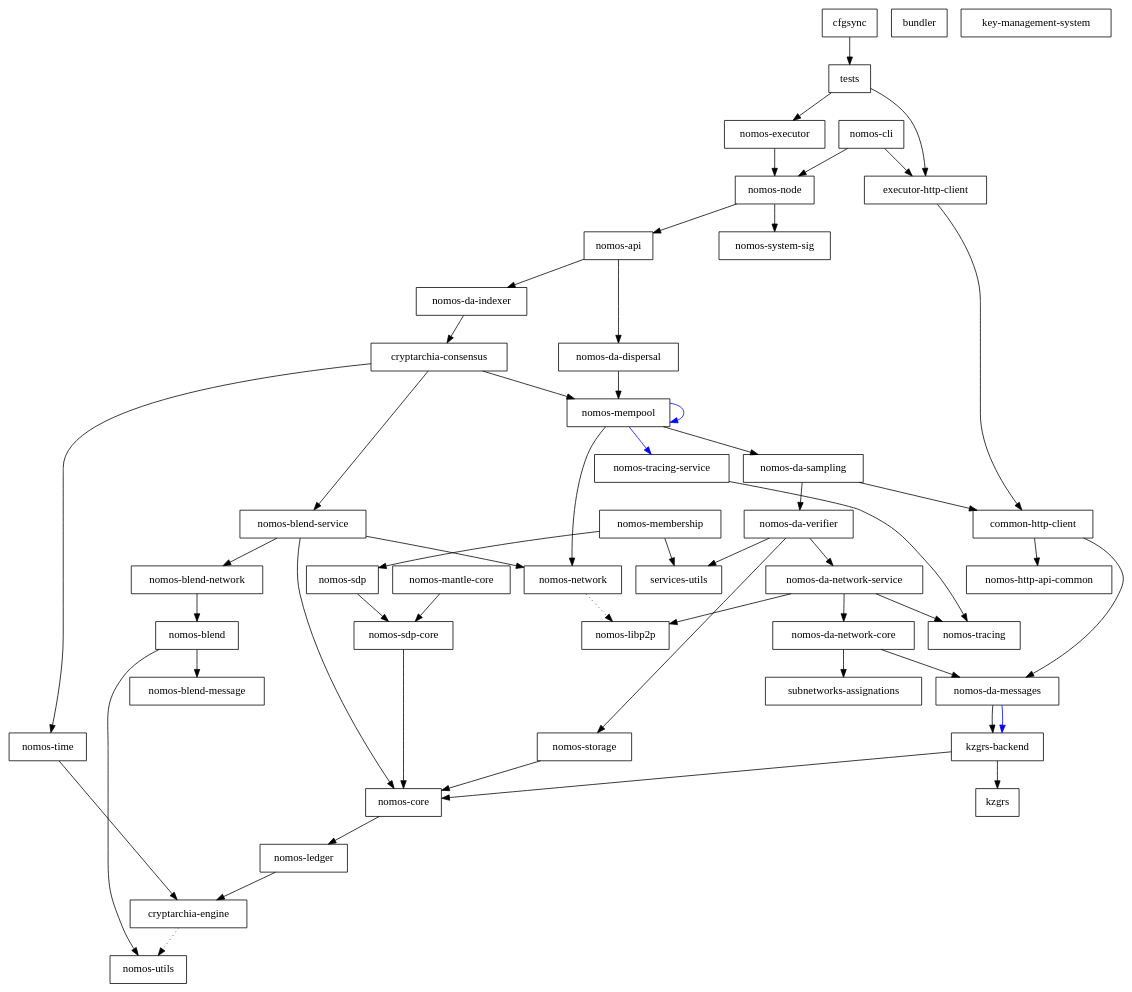
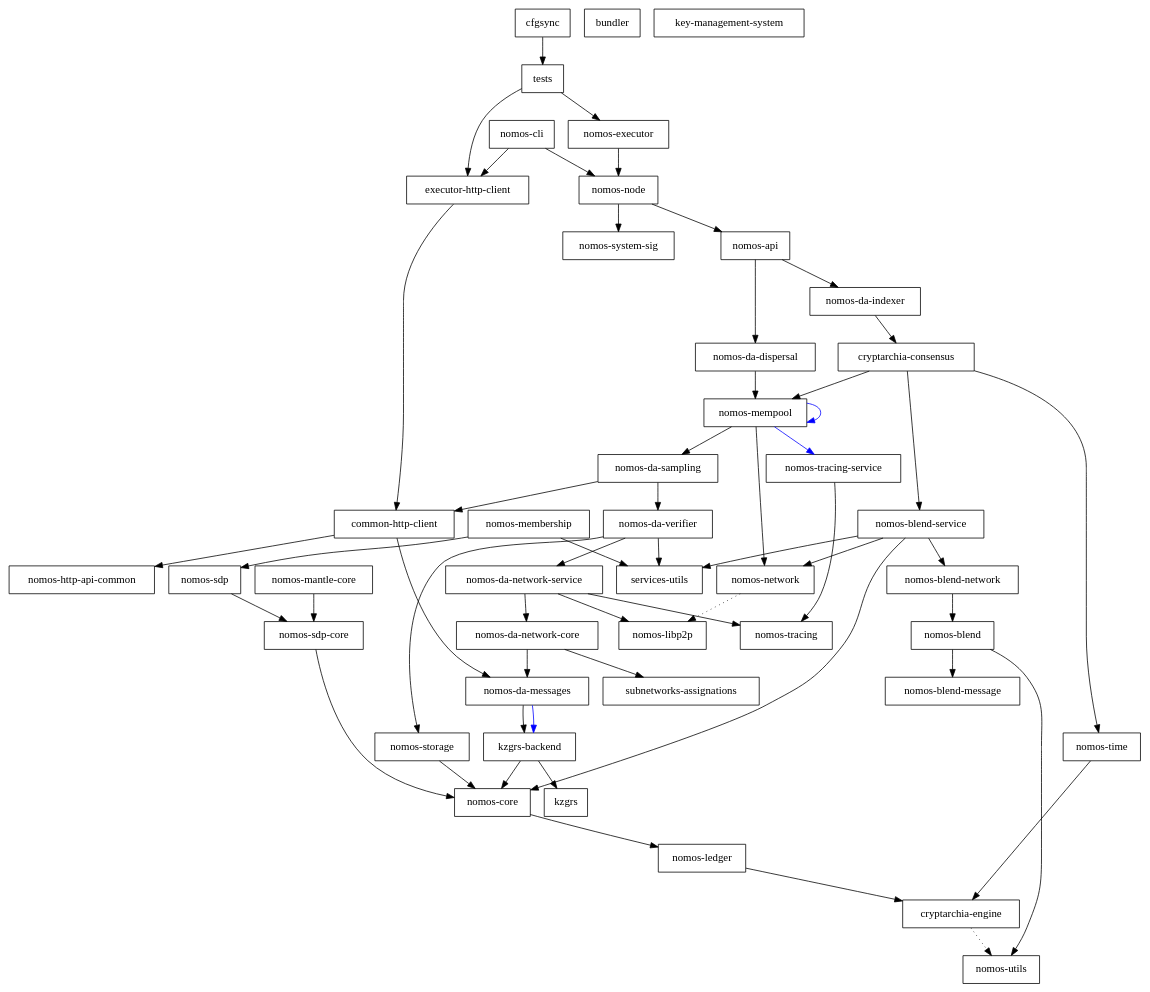
One commit to logos-co/nomos changed the diagram in dependencies_graph.dot. Above: the diagram before and after it, drawn with Graphviz. The commit also changed 2 other files, not shown here.

```diff
--- a/dependencies_graph.dot
+++ b/dependencies_graph.dot
@@ -1,99 +1,100 @@
 digraph {
     0 [ label = "cryptarchia-engine" shape = box]
     1 [ label = "nomos-utils" shape = box]
     2 [ label = "nomos-ledger" shape = box]
     3 [ label = "nomos-http-api-common" shape = box]
     4 [ label = "nomos-executor" shape = box]
     5 [ label = "kzgrs-backend" shape = box]
     6 [ label = "kzgrs" shape = box]
     7 [ label = "nomos-core" shape = box]
     8 [ label = "nomos-api" shape = box]
     9 [ label = "cryptarchia-consensus" shape = box]
     10 [ label = "nomos-blend-service" shape = box]
     11 [ label = "nomos-blend" shape = box]
     12 [ label = "nomos-blend-message" shape = box]
     13 [ label = "nomos-blend-network" shape = box]
     14 [ label = "nomos-libp2p" shape = box]
     15 [ label = "nomos-network" shape = box]
-    16 [ label = "nomos-da-sampling" shape = box]
-    17 [ label = "common-http-client" shape = box]
-    18 [ label = "nomos-da-messages" shape = box]
-    19 [ label = "nomos-da-network-core" shape = box]
-    20 [ label = "subnetworks-assignations" shape = box]
-    21 [ label = "nomos-da-network-service" shape = box]
-    22 [ label = "nomos-tracing" shape = box]
-    23 [ label = "nomos-da-verifier" shape = box]
-    24 [ label = "nomos-storage" shape = box]
-    25 [ label = "services-utils" shape = box]
+    16 [ label = "services-utils" shape = box]
+    17 [ label = "nomos-da-sampling" shape = box]
+    18 [ label = "common-http-client" shape = box]
+    19 [ label = "nomos-da-messages" shape = box]
+    20 [ label = "nomos-da-network-core" shape = box]
+    21 [ label = "subnetworks-assignations" shape = box]
+    22 [ label = "nomos-da-network-service" shape = box]
+    23 [ label = "nomos-tracing" shape = box]
+    24 [ label = "nomos-da-verifier" shape = box]
+    25 [ label = "nomos-storage" shape = box]
     26 [ label = "nomos-mempool" shape = box]
     27 [ label = "nomos-tracing-service" shape = box]
     28 [ label = "nomos-time" shape = box]
     29 [ label = "nomos-da-dispersal" shape = box]
     30 [ label = "nomos-da-indexer" shape = box]
     31 [ label = "nomos-node" shape = box]
     32 [ label = "nomos-system-sig" shape = box]
     33 [ label = "executor-http-client" shape = box]
     34 [ label = "bundler" shape = box]
     35 [ label = "nomos-cli" shape = box]
     36 [ label = "nomos-mantle-core" shape = box]
     37 [ label = "nomos-sdp-core" shape = box]
     38 [ label = "key-management-system" shape = box]
     39 [ label = "nomos-membership" shape = box]
     40 [ label = "nomos-sdp" shape = box]
     41 [ label = "cfgsync" shape = box]
     42 [ label = "tests" shape = box]
     0 -> 1 [ style = dotted]
     2 -> 0 [ ]
     4 -> 31 [ ]
     5 -> 6 [ ]
     5 -> 7 [ ]
     7 -> 2 [ ]
     8 -> 29 [ ]
     8 -> 30 [ ]
     9 -> 10 [ ]
     9 -> 26 [ ]
     9 -> 28 [ ]
     10 -> 13 [ ]
     10 -> 7 [ ]
     10 -> 15 [ ]
+    10 -> 16 [ ]
     11 -> 12 [ ]
     11 -> 1 [ ]
     13 -> 11 [ ]
     15 -> 14 [ style = dotted]
-    16 -> 17 [ ]
-    16 -> 23 [ ]
     17 -> 18 [ ]
-    17 -> 3 [ ]
-    18 -> 5 [ ]
-    18 -> 5 [ color = blue]
-    19 -> 18 [ ]
-    19 -> 20 [ ]
-    21 -> 19 [ ]
-    21 -> 14 [ ]
-    21 -> 22 [ ]
-    23 -> 21 [ ]
-    23 -> 24 [ ]
-    23 -> 25 [ ]
-    24 -> 7 [ ]
-    26 -> 16 [ ]
+    17 -> 24 [ ]
+    18 -> 19 [ ]
+    18 -> 3 [ ]
+    19 -> 5 [ ]
+    19 -> 5 [ color = blue]
+    20 -> 19 [ ]
+    20 -> 21 [ ]
+    22 -> 20 [ ]
+    22 -> 14 [ ]
+    22 -> 23 [ ]
+    24 -> 22 [ ]
+    24 -> 25 [ ]
+    24 -> 16 [ ]
+    25 -> 7 [ ]
+    26 -> 17 [ ]
     26 -> 26 [ color = blue]
     26 -> 15 [ ]
     26 -> 27 [ color = blue]
-    27 -> 22 [ ]
+    27 -> 23 [ ]
     28 -> 0 [ ]
     29 -> 26 [ ]
     30 -> 9 [ ]
     31 -> 8 [ ]
     31 -> 32 [ ]
-    33 -> 17 [ ]
+    33 -> 18 [ ]
     35 -> 33 [ ]
     35 -> 31 [ ]
     36 -> 37 [ ]
     37 -> 7 [ ]
     39 -> 40 [ ]
-    39 -> 25 [ ]
+    39 -> 16 [ ]
     40 -> 37 [ ]
     41 -> 42 [ ]
     42 -> 33 [ ]
     42 -> 4 [ ]
 }
```
